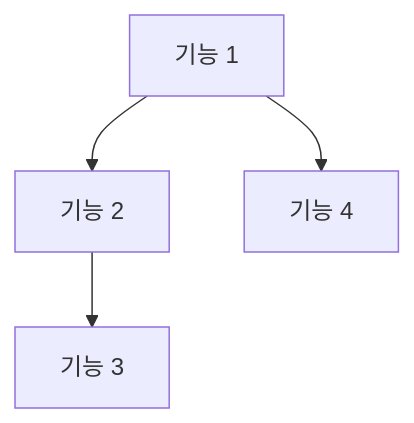
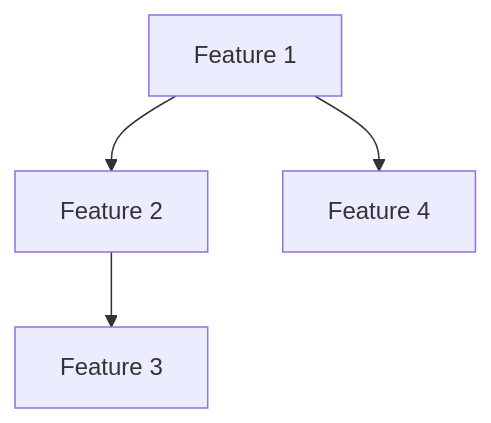
The second of 2 diagrams in docs/03-modules/_template.md (ftrskuk/chisan-platform), drawn with Mermaid before and after one commit. The commit also changed other lines of this file and 36 other files, not shown here.

````diff
--- a/docs/03-modules/_template.md
+++ b/docs/03-modules/_template.md
@@ -26,6 +30,6 @@
 ```mermaid
 graph TD
-    F1[기능 1] --> F2[기능 2]
-    F2 --> F3[기능 3]
-    F1 --> F4[기능 4]
+    F1[Feature 1] --> F2[Feature 2]
+    F2 --> F3[Feature 3]
+    F1 --> F4[Feature 4]
 ```
````
